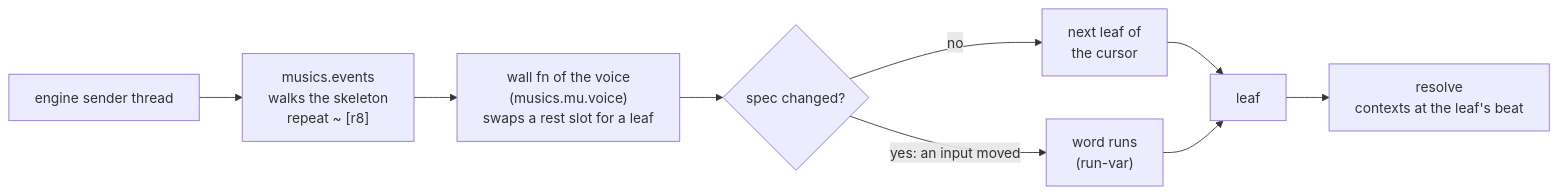
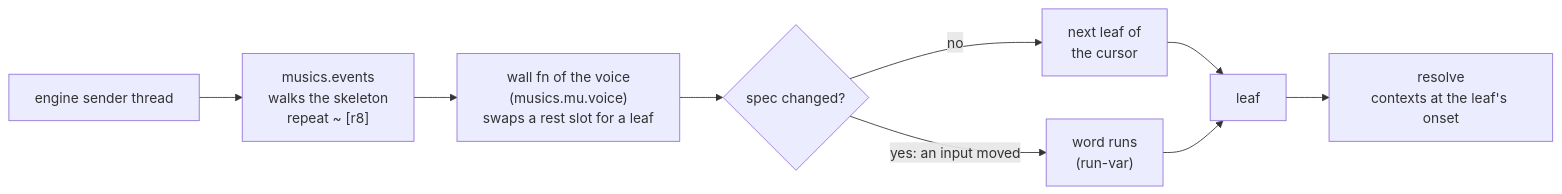
Before and after one commit to gebdevalk/musics: the first of 3 diagrams in doc/md/pull-voice.md, drawn with Mermaid. The commit also changed other lines of this file and 29 other files, not shown here.

Commit message:
beat is onset: the position a voice that is a function of onset is asked at ($onset, :onset in events, voices and the lookup); beat stays for the meter's beats

````diff
--- a/doc/md/pull-voice.md
+++ b/doc/md/pull-voice.md
@@ -14,16 +14,16 @@
 ```mermaid
 flowchart LR
   engine["engine sender thread"]
   events["musics.events<br/>walks the skeleton<br/>repeat ~ [r8]"]
   wall["wall fn of the voice<br/>(musics.mu.voice)<br/>swaps a rest slot for a leaf"]
   cursor{"spec changed?"}
   next["next leaf of<br/>the cursor"]
   word["word runs<br/>(run-var)"]
   leaf["leaf"]
-  resolve["resolve<br/>contexts at the leaf's beat"]
+  resolve["resolve<br/>contexts at the leaf's onset"]
 
   engine --> events --> wall --> cursor
   cursor -- no --> next --> leaf
   cursor -- "yes: an input moved" --> word --> leaf
   leaf --> resolve
 ```
````
